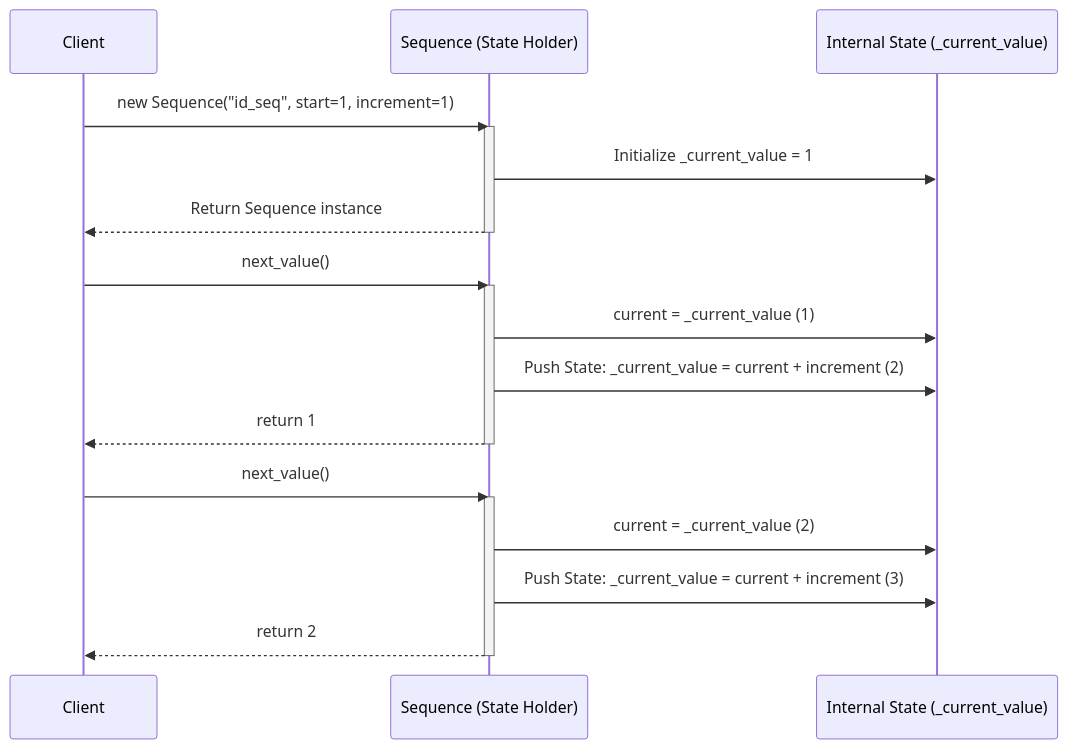
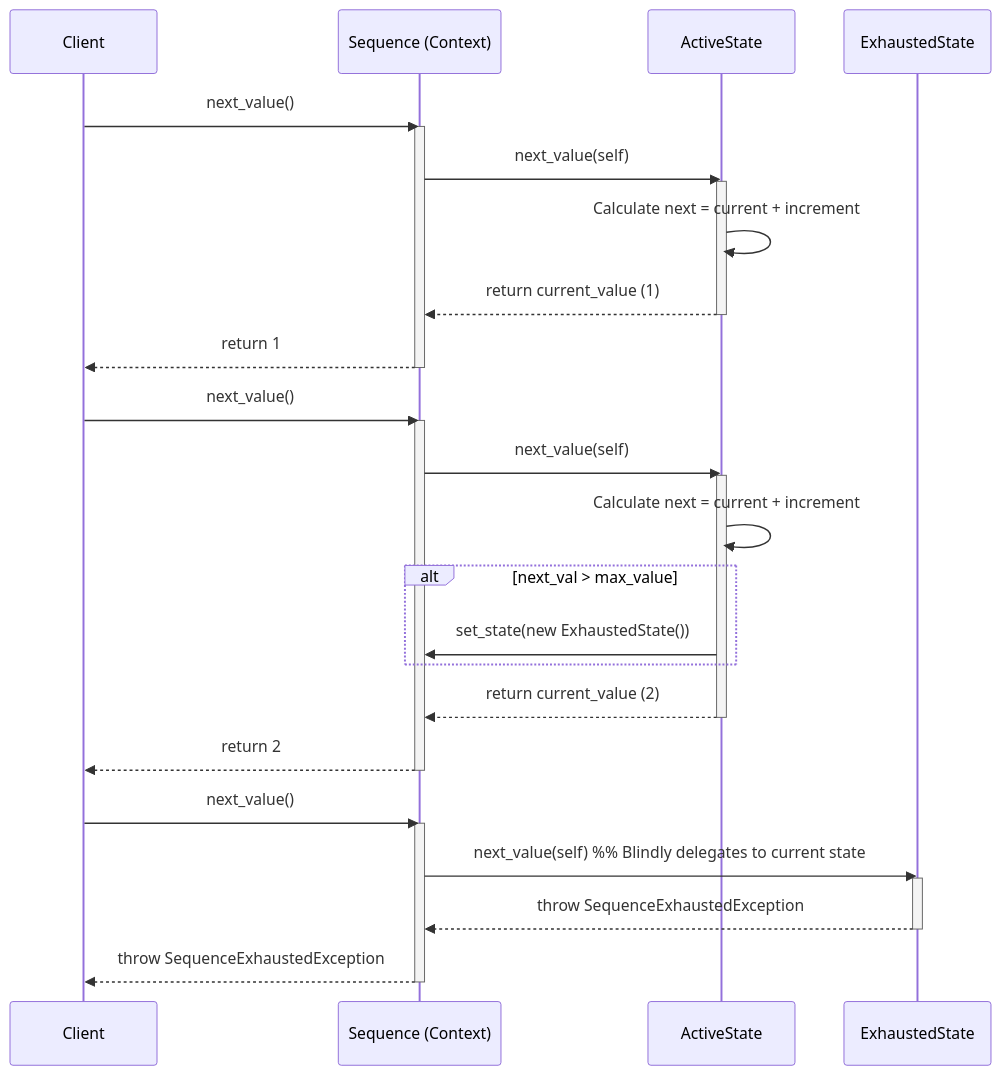
One commit to Ricky13170/bbv_DBMS changed diagram 22 of 30 in docs/readme.md. Above: the diagram before and after it, drawn with Mermaid. The commit also changed other lines of this file, not shown here.

````diff
--- a/docs/readme.md
+++ b/docs/readme.md
@@ -1116,29 +1156,42 @@
 ```mermaid
 sequenceDiagram
     participant Client
-    participant Seq as Sequence (State Holder)
-    participant RAM as Internal State (_current_value)
+    participant Seq as Sequence (Context)
+    participant Act as ActiveState
+    participant Exh as ExhaustedState
     
-    %% Initialize initial state
-    Client->>Seq: new Sequence("id_seq", start=1, increment=1)
-    activate Seq
-    Seq->>RAM: Initialize _current_value = 1
-    Seq-->>Client: Return Sequence instance
-    deactivate Seq
-    
-    %% First fetch
+    %% First fetch (Active)
     Client->>Seq: next_value()
     activate Seq
-    Seq->>RAM: current = _current_value (1)
-    Seq->>RAM: Push State: _current_value = current + increment (2)
+    Seq->>Act: next_value(self)
+    activate Act
+    Act->>Act: Calculate next = current + increment
+    Act-->>Seq: return current_value (1)
+    deactivate Act
     Seq-->>Client: return 1
     deactivate Seq
     
-    %% Second fetch
+    %% Next fetch (Transitions to Exhausted)
     Client->>Seq: next_value()
     activate Seq
-    Seq->>RAM: current = _current_value (2)
-    Seq->>RAM: Push State: _current_value = current + increment (3)
+    Seq->>Act: next_value(self)
+    activate Act
+    Act->>Act: Calculate next = current + increment
+    alt next_val > max_value
+        Act->>Seq: set_state(new ExhaustedState())
+    end
+    Act-->>Seq: return current_value (2)
+    deactivate Act
     Seq-->>Client: return 2
     deactivate Seq
+
+    %% Third fetch (Now it's Exhausted!)
+    Client->>Seq: next_value()
+    activate Seq
+    Seq->>Exh: next_value(self)  %% Blindly delegates to current state
+    activate Exh
+    Exh-->>Seq: throw SequenceExhaustedException
+    deactivate Exh
+    Seq-->>Client: throw SequenceExhaustedException
+    deactivate Seq
 ```
````
